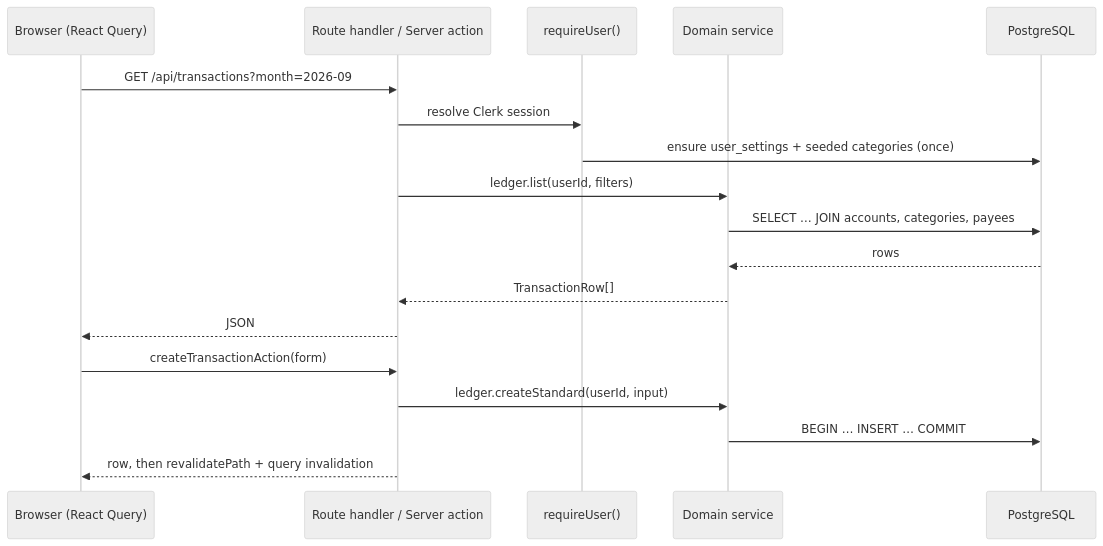
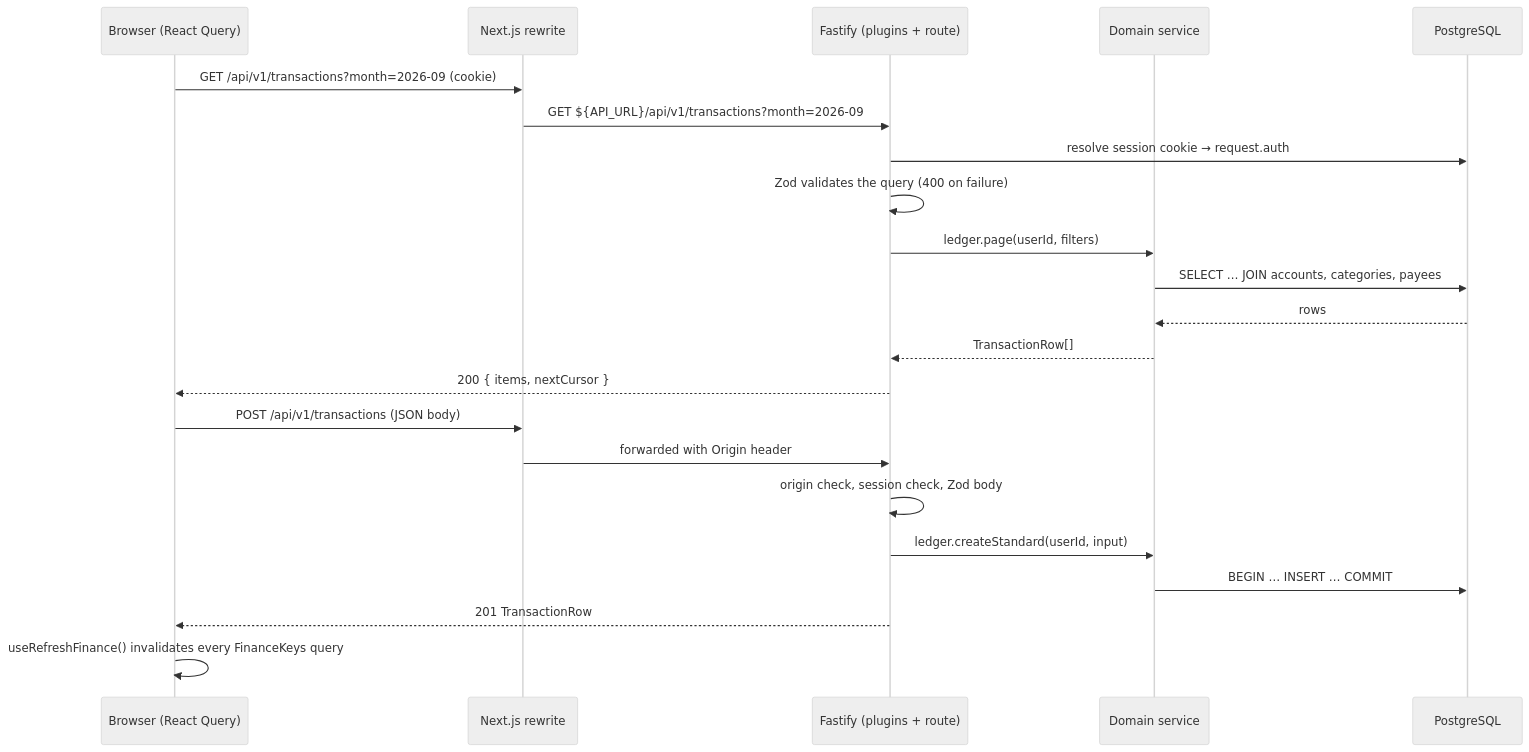
One commit to lucasvallejodev/my-budget-tracker changed the second of 2 diagrams in docs/architecture/overview.md. Above: the diagram before and after it, drawn with Mermaid (neutral theme). The commit also changed other lines of this file and 170 other files, not shown here.

First line of the commit message:
feat(web): switch the web app to the API and replace Clerk

````diff
--- a/docs/architecture/overview.md
+++ b/docs/architecture/overview.md
@@ -24,20 +33,24 @@
 ```mermaid
 sequenceDiagram
   participant B as Browser (React Query)
-  participant R as Route handler / Server action
-  participant U as requireUser()
+  participant N as Next.js rewrite
+  participant F as Fastify (plugins + route)
   participant S as Domain service
   participant P as PostgreSQL
-  B->>R: GET /api/transactions?month=2026-09
-  R->>U: resolve Clerk session
-  U->>P: ensure user_settings + seeded categories (once)
-  R->>S: ledger.list(userId, filters)
+  B->>N: GET /api/v1/transactions?month=2026-09 (cookie)
+  N->>F: GET ${API_URL}/api/v1/transactions?month=2026-09
+  F->>P: resolve session cookie → request.auth
+  F->>F: Zod validates the query (400 on failure)
+  F->>S: ledger.page(userId, filters)
   S->>P: SELECT … JOIN accounts, categories, payees
   P-->>S: rows
-  S-->>R: TransactionRow[]
-  R-->>B: JSON
-  B->>R: createTransactionAction(form)
-  R->>S: ledger.createStandard(userId, input)
+  S-->>F: TransactionRow[]
+  F-->>B: 200 { items, nextCursor }
+  B->>N: POST /api/v1/transactions (JSON body)
+  N->>F: forwarded with Origin header
+  F->>F: origin check, session check, Zod body
+  F->>S: ledger.createStandard(userId, input)
   S->>P: BEGIN … INSERT … COMMIT
-  R-->>B: row, then revalidatePath + query invalidation
+  F-->>B: 201 TransactionRow
+  B->>B: useRefreshFinance() invalidates every FinanceKeys query
 ```
````
